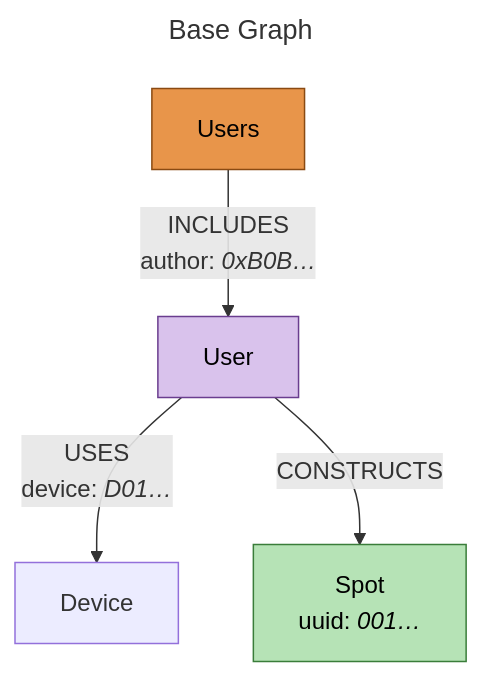
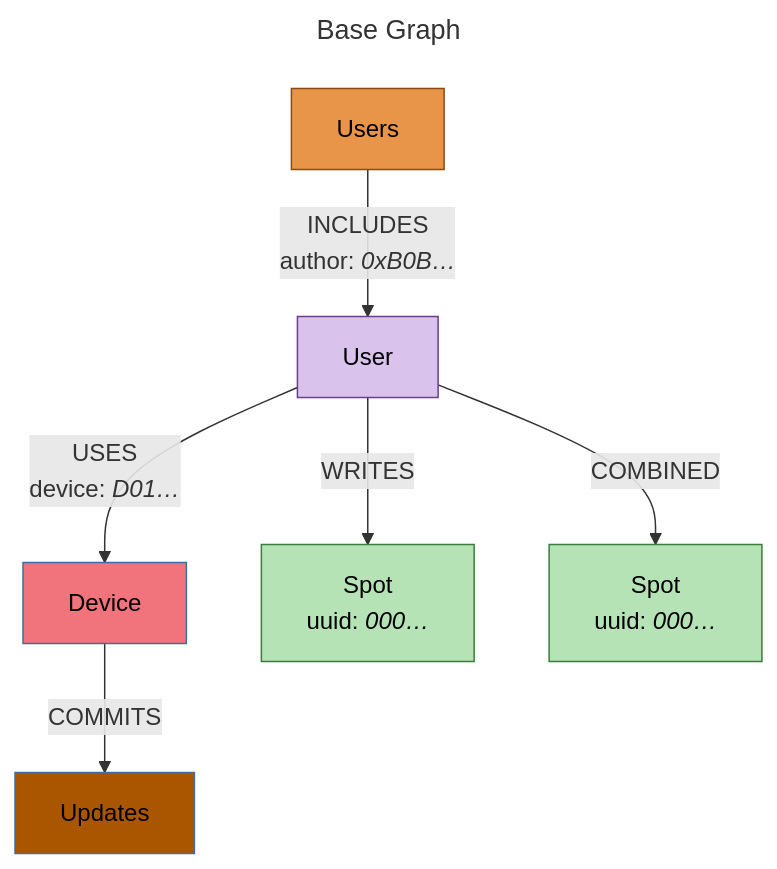
One commit to MetaFam/mimis changed the first of 10 diagrams in pkgs/Gremlin/docs/Claude’s graph structure.md. Above: the diagram before and after it, drawn with Mermaid. The commit also changed other lines of this file and 17 other files, not shown here.

````diff
--- a/pkgs/Gremlin/docs/Claude’s graph structure.md
+++ b/pkgs/Gremlin/docs/Claude’s graph structure.md
@@ -39,19 +19,23 @@
 ```mermaid
 ---
 title: Base Graph
 ---
 graph TD
   US["Users"]
-  US -->|INCLUDES<br/>author: <i>0xB0B…</i>| U[User]
-  U -->|USES<br/>device: <i>D01…</i>| D[Device]
-  U -->|CONSTRUCTS| SP[Spot<br/>uuid: <i>001…</i>]
+  US-->|INCLUDES<br/>author: <i>0xB0B…</i>| U[User]
+  U-->|USES<br/>device: <i>D01…</i>| D[Device]
+  D-->|COMMITS| P[Updates]
+  U-->|WRITES| SP1[Spot<br/>uuid: <i>000…</i>]
+  U-->|COMBINED| SP2[Spot<br/>uuid: <i>000…</i>]
 
   classDef base fill:#e8954a,stroke:#8a4a12,color:#000
   classDef user fill:#d9c2ec,stroke:#6a3d8f,color:#000
   classDef spot fill:#b6e3b6,stroke:#3a7d3a,color:#000
-  classDef table fill:#cfe2f3,stroke:#3d6e9e,color:#000
+  classDef device fill:#F1737B,stroke:#3d6e9e,color:#000
+  classDef updates fill:#aa5500,stroke:#3d6e9e,color:#000
   class US base
   class U user
-  class SP spot
+  class SP1,SP2 spot
   class D device
+  class P updates
 ```
````
